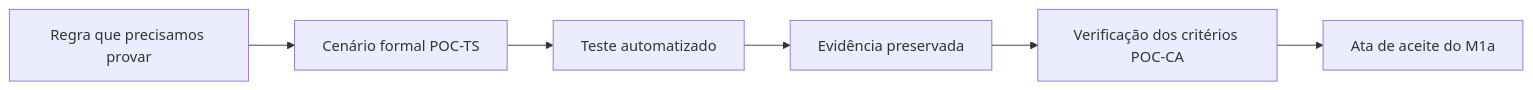
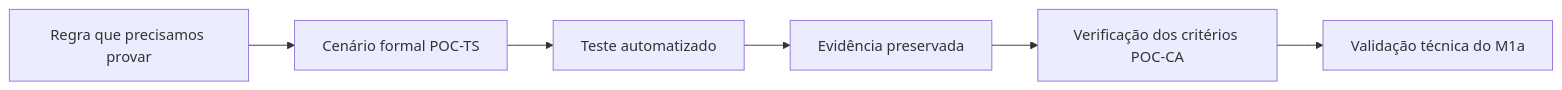
Before and after one commit to ailtonfv/governanca-lgpd-hortolandia: the diagram in docs/aceite/MATRIZ_ACEITE_M1A.md, drawn with Mermaid. The commit also changed other lines of this file and 25 other files, not shown here.

````diff
--- a/docs/aceite/MATRIZ_ACEITE_M1A.md
+++ b/docs/aceite/MATRIZ_ACEITE_M1A.md
@@ -7,8 +7,8 @@
 ```mermaid
 flowchart LR
     R["Regra que precisamos provar"] --> C["Cenário formal POC-TS"]
     C --> A["Teste automatizado"]
     A --> E["Evidência preservada"]
     E --> V["Verificação dos critérios POC-CA"]
-    V --> T["Ata de aceite do M1a"]
+    V --> T["Validação técnica do M1a"]
 ```
````
